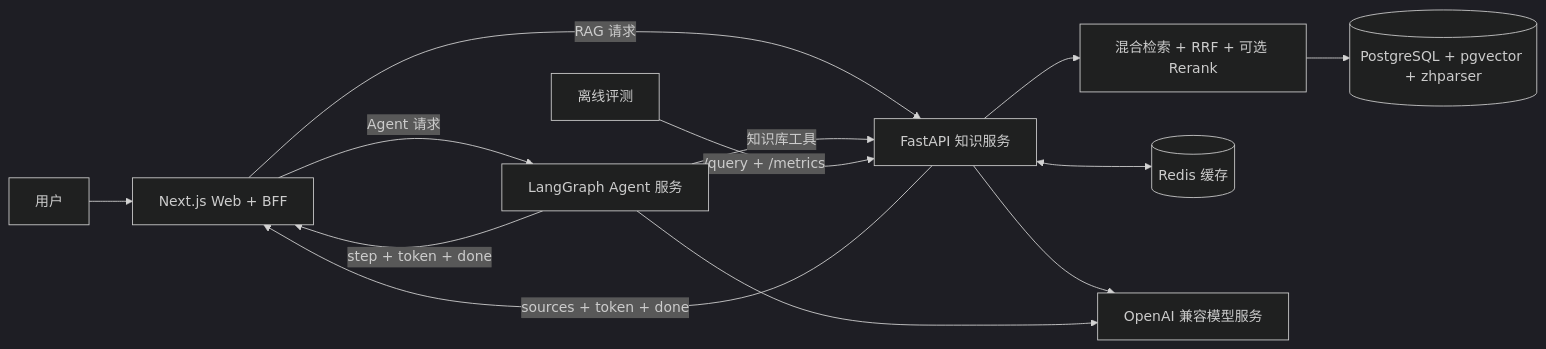
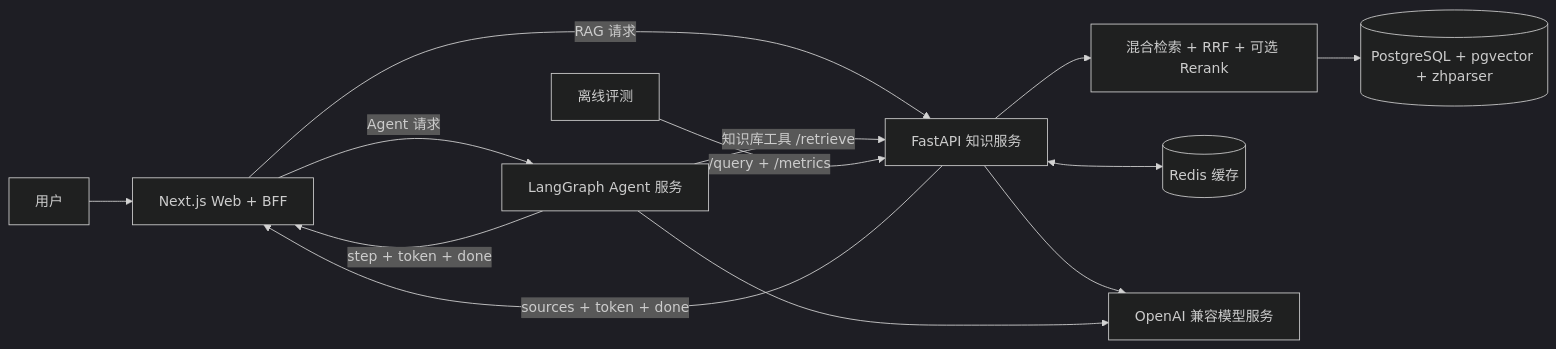
One commit to BryanLi93/agentic-rag changed the first of 2 diagrams in docs/architecture.md. Above: the diagram before and after it, drawn with Mermaid (dark theme). The commit also changed other lines of this file and 4 other files, not shown here.

Commit message:
feat: Agent 使用 /retrieve 检索知识库

````diff
--- a/docs/architecture.md
+++ b/docs/architecture.md
@@ -7,19 +7,19 @@
 ```mermaid
 flowchart LR
     User[用户] --> Web[Next.js Web + BFF]
 
     Web -->|RAG 请求| Knowledge[FastAPI 知识服务]
     Web -->|Agent 请求| Agent[LangGraph Agent 服务]
-    Agent -->|知识库工具| Knowledge
+    Agent -->|知识库工具 /retrieve| Knowledge
 
     Knowledge --> Retrieval[混合检索 + RRF + 可选 Rerank]
     Retrieval --> PG[(PostgreSQL + pgvector + zhparser)]
     Knowledge <--> Redis[(Redis 缓存)]
     Knowledge --> Provider[OpenAI 兼容模型服务]
     Agent --> Provider
 
     Eval[离线评测] -->|/query + /metrics| Knowledge
 
     Knowledge -->|sources + token + done| Web
     Agent -->|step + token + done| Web
 ```
````
